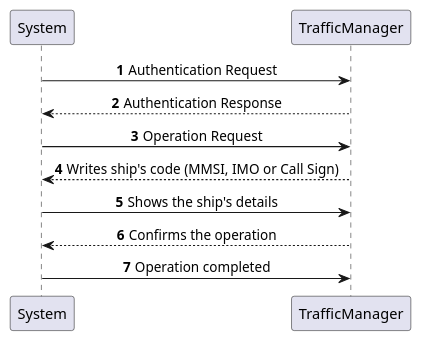
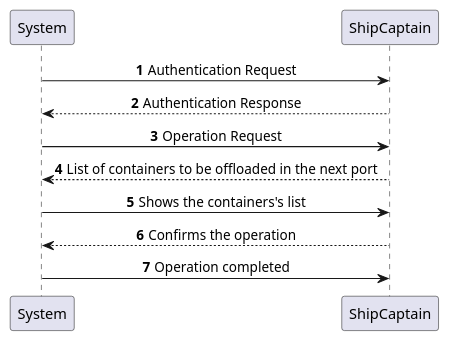
The diagram in Docs/Sprint2/US205/SSD.puml (LourencoMelo/ISEP-LAPR3-ESINF), drawn with PlantUML before and after one commit. The commit also changed 1 other file, not shown here.

```diff
--- a/Docs/Sprint2/US205/SSD.puml
+++ b/Docs/Sprint2/US205/SSD.puml
@@ -1,20 +1,20 @@
 @startuml
 
 'https://plantuml.com/sequence-diagram
 
 autonumber
 
 skinparam sequenceMessageAlign center
 
-System -> TrafficManager: Authentication Request
-TrafficManager --> System: Authentication Response
+System -> ShipCaptain: Authentication Request
+ShipCaptain --> System: Authentication Response
 
-System -> TrafficManager: Operation Request
-System <-- TrafficManager: Writes ship's code (MMSI, IMO or Call Sign)
+System -> ShipCaptain: Operation Request
+System <-- ShipCaptain: List of containers to be offloaded in the next port
 
-System -> TrafficManager: Shows the ship's details
-System <-- TrafficManager: Confirms the operation
+System -> ShipCaptain: Shows the containers's list
+System <-- ShipCaptain: Confirms the operation
 
-System -> TrafficManager: Operation completed
+System -> ShipCaptain: Operation completed
 
 @enduml
```
